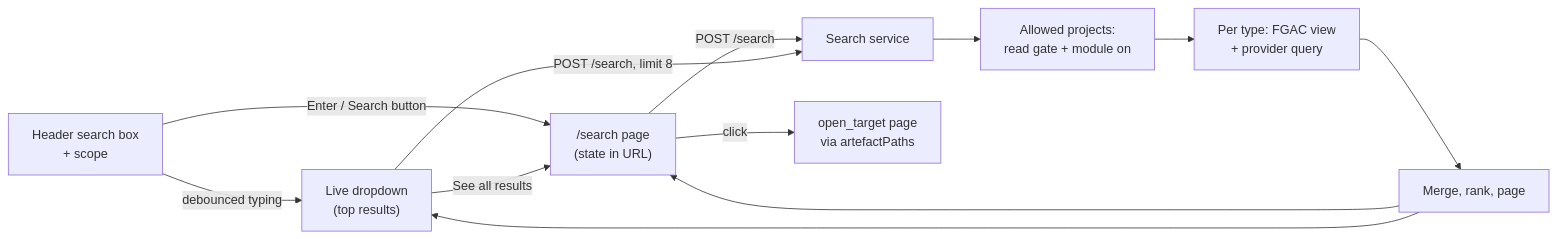
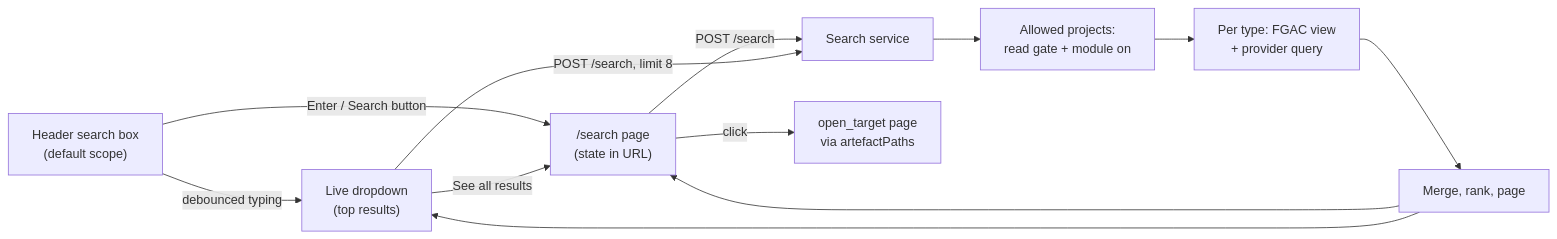
One commit to ballardr/reqtrackmanager changed the third of 3 diagrams in docs/plans/platform-review-2026-10-plan.md. Above: the diagram before and after it, drawn with Mermaid. The commit also changed other lines of this file and 20 other files, not shown here.

````diff
--- a/docs/plans/platform-review-2026-10-plan.md
+++ b/docs/plans/platform-review-2026-10-plan.md
@@ -468,14 +469,14 @@
 ```mermaid
 flowchart LR
-    B["Header search box<br/>+ scope"] -->|"debounced typing"| D["Live dropdown<br/>(top results)"]
+    B["Header search box<br/>(default scope)"] -->|"debounced typing"| D["Live dropdown<br/>(top results)"]
     B -->|"Enter / Search button"| P["/search page<br/>(state in URL)"]
     D -->|"See all results"| P
     P -->|"POST /search"| S["Search service"]
     D -->|"POST /search, limit 8"| S
     S --> R["Allowed projects:<br/>read gate + module on"]
     R --> T["Per type: FGAC view<br/>+ provider query"]
     T --> M["Merge, rank, page"]
     M --> P
     M --> D
     P -->|"click"| O["open_target page<br/>via artefactPaths"]
 ```
````
